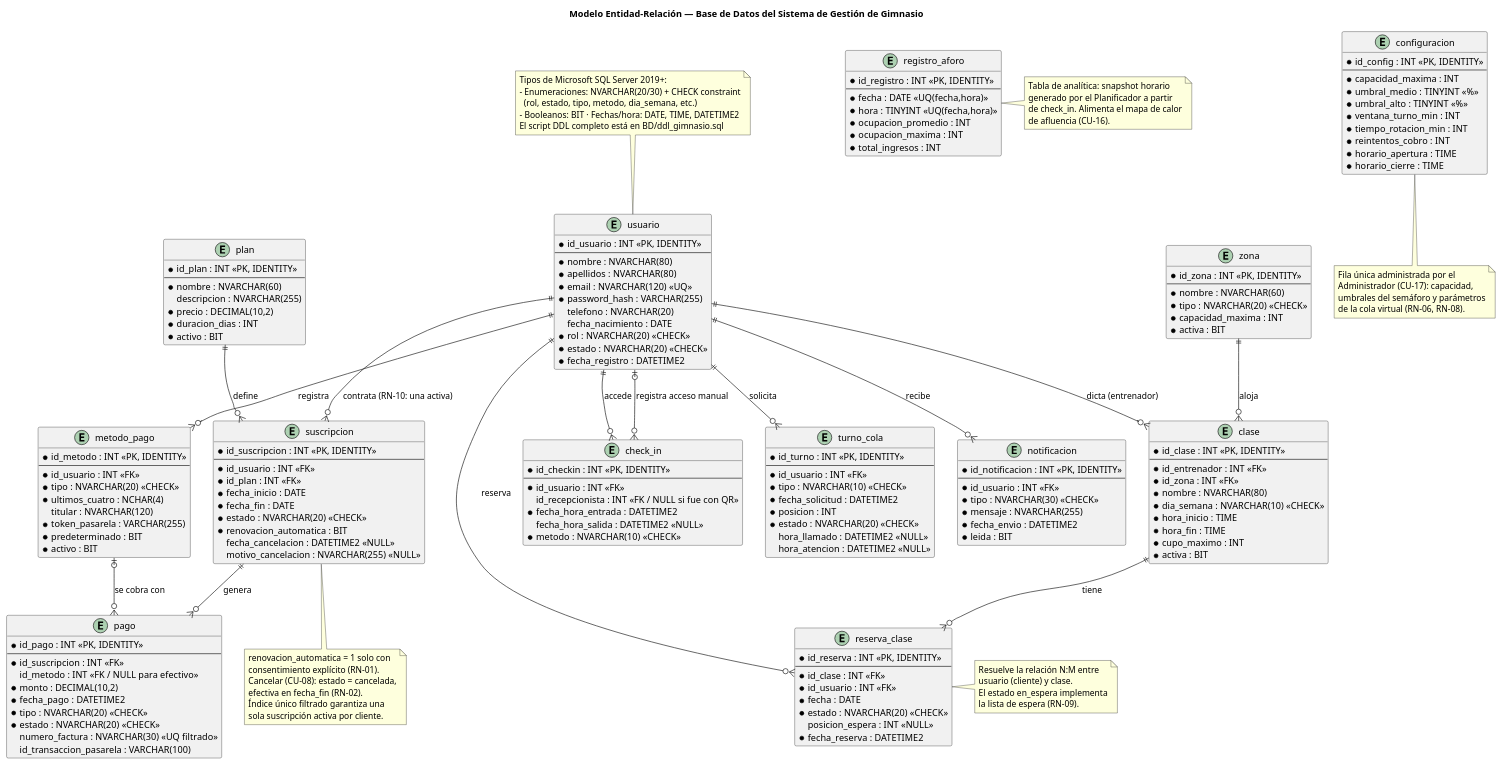
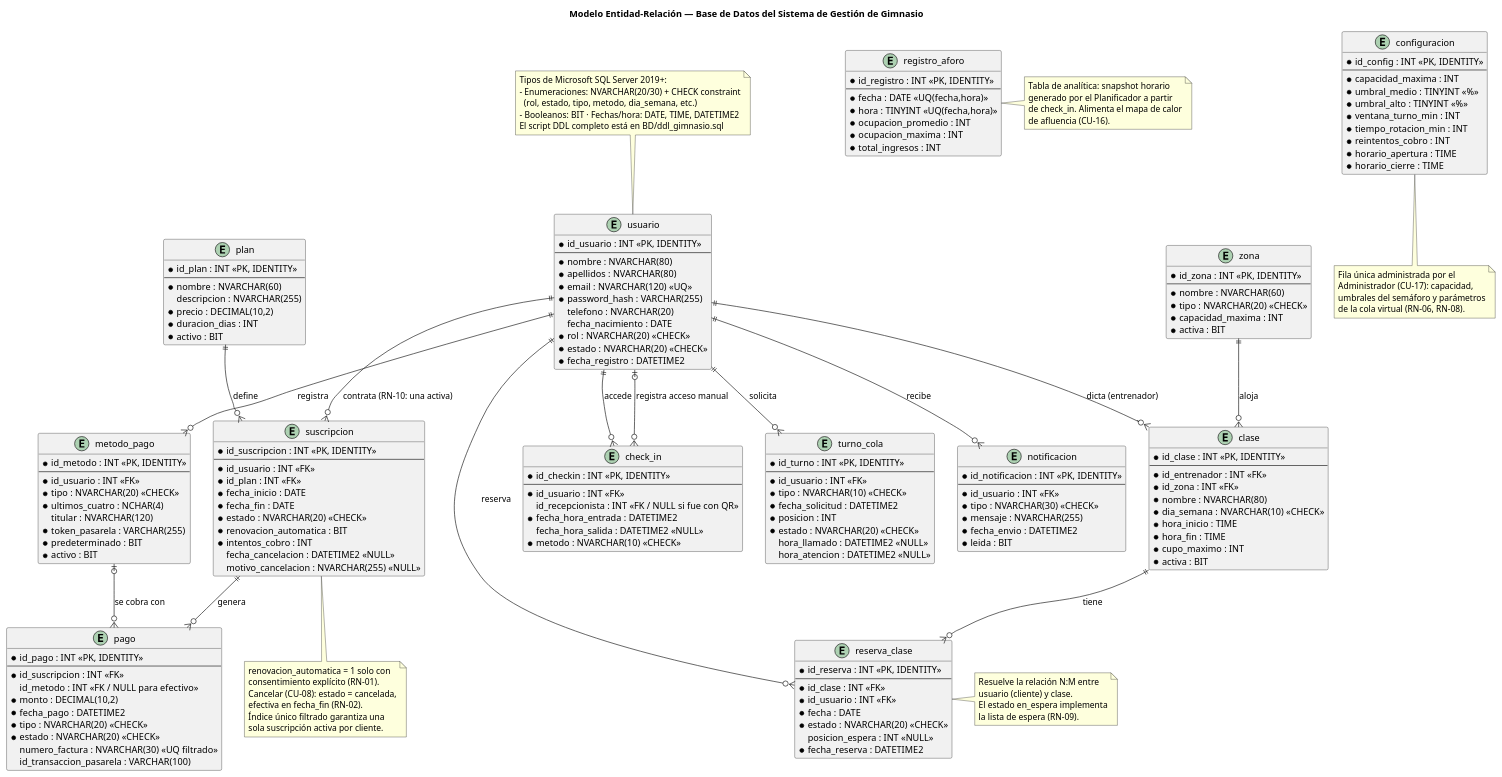
Before and after one commit to Natalia-acode/Plataforma-web-gestion-gimnasio: the diagram in docs/modelo_bd/modelo_er.puml, drawn with PlantUML. The commit also changed 136 other files, not shown here.

```diff
--- a/docs/modelo_bd/modelo_er.puml
+++ b/docs/modelo_bd/modelo_er.puml
@@ -36,6 +36,7 @@
   * fecha_fin : DATE
   * estado : NVARCHAR(20) <<CHECK>>
   * renovacion_automatica : BIT
+  * intentos_cobro : INT
   fecha_cancelacion : DATETIME2 <<NULL>>
   motivo_cancelacion : NVARCHAR(255) <<NULL>>
 }
```
